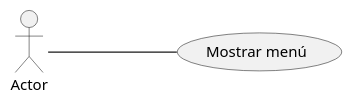
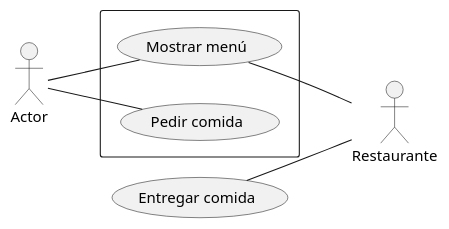
Before and after one commit to tatianagarijo/UMLClasesUsoTatianaGarijo: the diagram in src/ClasesUso.puml, drawn with PlantUML. The commit also changed 3 other files, not shown here.

```diff
--- a/src/ClasesUso.puml
+++ b/src/ClasesUso.puml
@@ -1,4 +1,17 @@
 @startuml
 left to right direction
-:Actor: --- (Mostrar menú)
+:Actor: as act
+rectangle {
+usecase (Mostrar menú) as UC1
+usecase (Pedir comida) as UC2
+}
+
+usecase (Entregar comida) as UC3
+
+:Restaurante: as rest
+
+act -- UC1
+act -- UC2
+UC1 -- rest
+UC3 --rest
 @enduml
```
